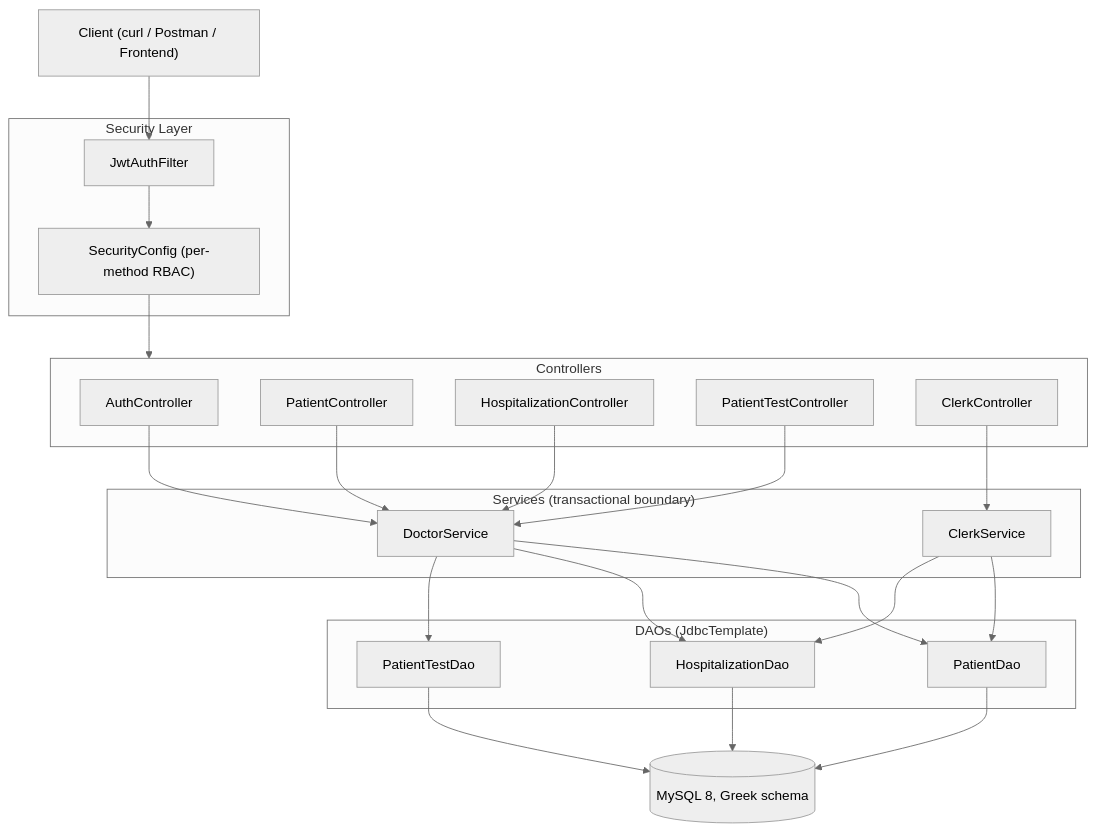
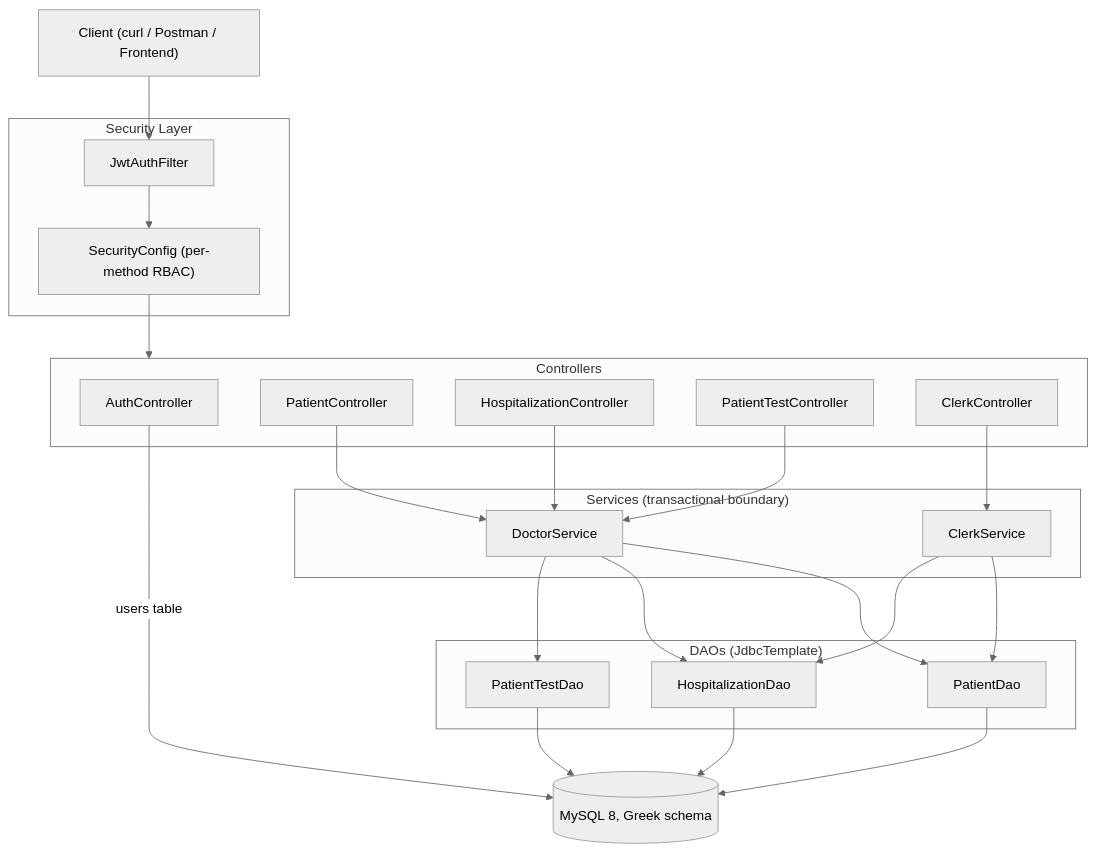
Before and after one commit to DimitriosDalaklidhs/spring-boot-Greek-hospital-system: the first of 3 diagrams in README.md, drawn with Mermaid (neutral theme). The commit also changed other lines of this file, not shown here.

````diff
--- a/README.md
+++ b/README.md
@@ -45,47 +45,47 @@
 ```mermaid
 flowchart TB
     Client["Client (curl / Postman / Frontend)"]
 
     subgraph Security["Security Layer"]
         Filter["JwtAuthFilter"]
         Config["SecurityConfig (per-method RBAC)"]
     end
 
     subgraph Controllers["Controllers"]
         AuthC["AuthController"]
         PatientC["PatientController"]
         HospC["HospitalizationController"]
         TestC["PatientTestController"]
         ClerkC["ClerkController"]
     end
 
     subgraph Services["Services (transactional boundary)"]
         DocS["DoctorService"]
         ClerkS["ClerkService"]
     end
 
     subgraph DAOs["DAOs (JdbcTemplate)"]
         PatientD["PatientDao"]
         HospD["HospitalizationDao"]
         TestD["PatientTestDao"]
     end
 
     DB[("MySQL 8, Greek schema")]
 
     Client --> Filter
     Filter --> Config
     Config --> Controllers
-    AuthC --> DocS
+    AuthC -->|users table| DB
     PatientC --> DocS
     HospC --> DocS
     TestC --> DocS
     ClerkC --> ClerkS
     DocS --> PatientD
     DocS --> HospD
     DocS --> TestD
     ClerkS --> PatientD
     ClerkS --> HospD
     PatientD --> DB
     HospD --> DB
     TestD --> DB
 ```
````
